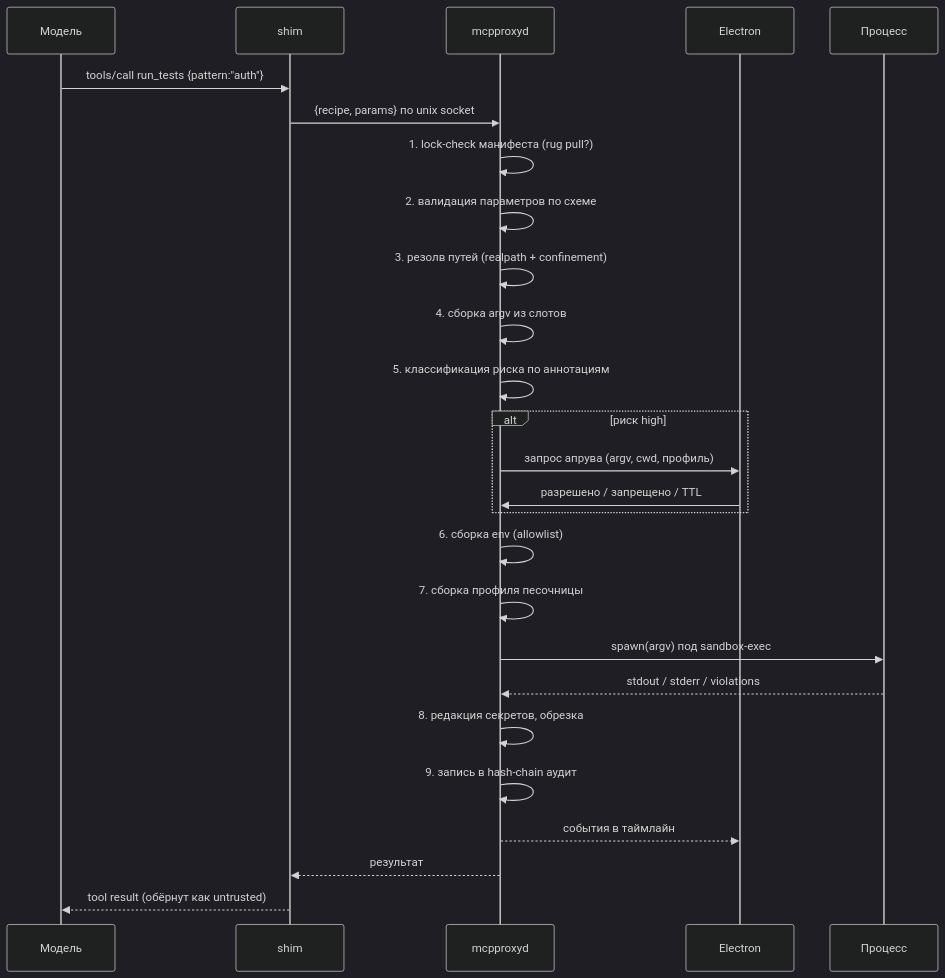
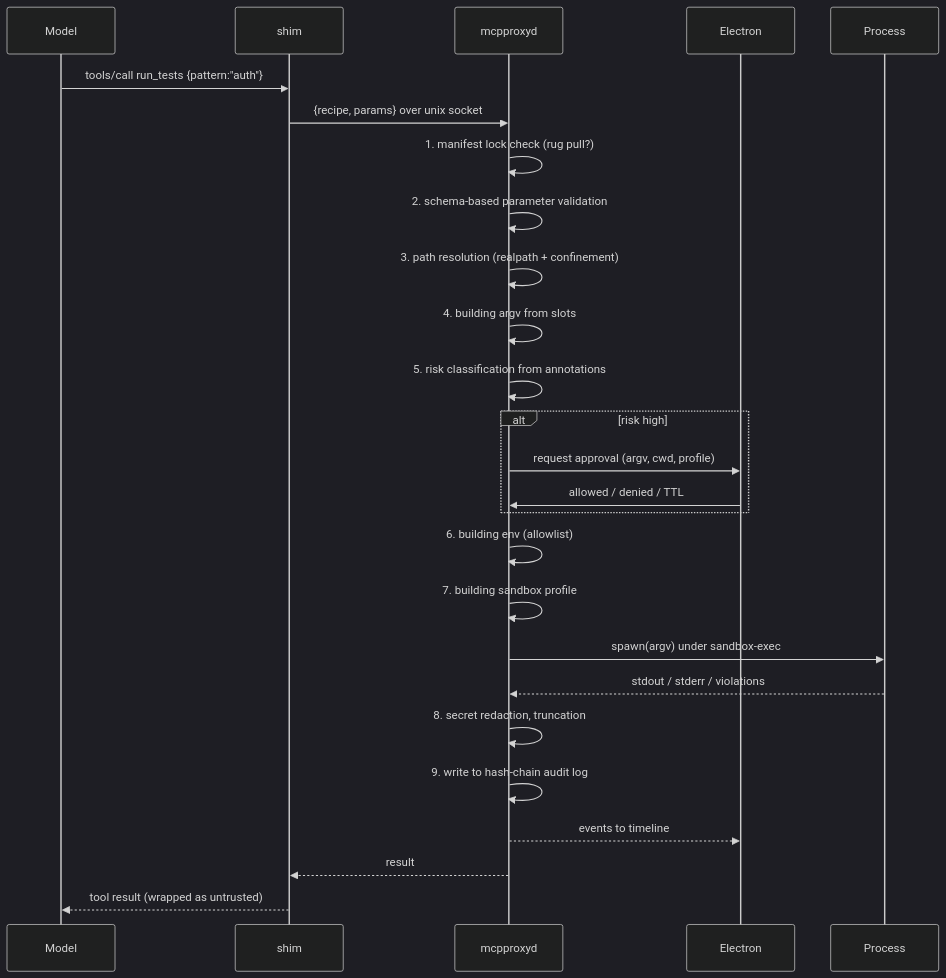
Before and after one commit to EgorKazachenko/mcpproxy: the second of 2 diagrams in docs/02-architecture.md, drawn with Mermaid (dark theme). The commit also changed other lines of this file and 17 other files, not shown here.

````diff
--- a/docs/02-architecture.md
+++ b/docs/02-architecture.md
@@ -106,29 +106,29 @@
 ```mermaid
 sequenceDiagram
-    participant M as Модель
+    participant M as Model
     participant S as shim
     participant D as mcpproxyd
     participant U as Electron
-    participant P as Процесс
+    participant P as Process
 
     M->>S: tools/call run_tests {pattern:"auth"}
-    S->>D: {recipe, params} по unix socket
-    D->>D: 1. lock-check манифеста (rug pull?)
-    D->>D: 2. валидация параметров по схеме
-    D->>D: 3. резолв путей (realpath + confinement)
-    D->>D: 4. сборка argv из слотов
-    D->>D: 5. классификация риска по аннотациям
-    alt риск high
-        D->>U: запрос апрува (argv, cwd, профиль)
-        U->>D: разрешено / запрещено / TTL
+    S->>D: {recipe, params} over unix socket
+    D->>D: 1. manifest lock check (rug pull?)
+    D->>D: 2. schema-based parameter validation
+    D->>D: 3. path resolution (realpath + confinement)
+    D->>D: 4. building argv from slots
+    D->>D: 5. risk classification from annotations
+    alt risk high
+        D->>U: request approval (argv, cwd, profile)
+        U->>D: allowed / denied / TTL
     end
-    D->>D: 6. сборка env (allowlist)
-    D->>D: 7. сборка профиля песочницы
-    D->>P: spawn(argv) под sandbox-exec
+    D->>D: 6. building env (allowlist)
+    D->>D: 7. building sandbox profile
+    D->>P: spawn(argv) under sandbox-exec
     P-->>D: stdout / stderr / violations
-    D->>D: 8. редакция секретов, обрезка
-    D->>D: 9. запись в hash-chain аудит
-    D-->>U: события в таймлайн
-    D-->>S: результат
-    S-->>M: tool result (обёрнут как untrusted)
+    D->>D: 8. secret redaction, truncation
+    D->>D: 9. write to hash-chain audit log
+    D-->>U: events to timeline
+    D-->>S: result
+    S-->>M: tool result (wrapped as untrusted)
 ```
````
